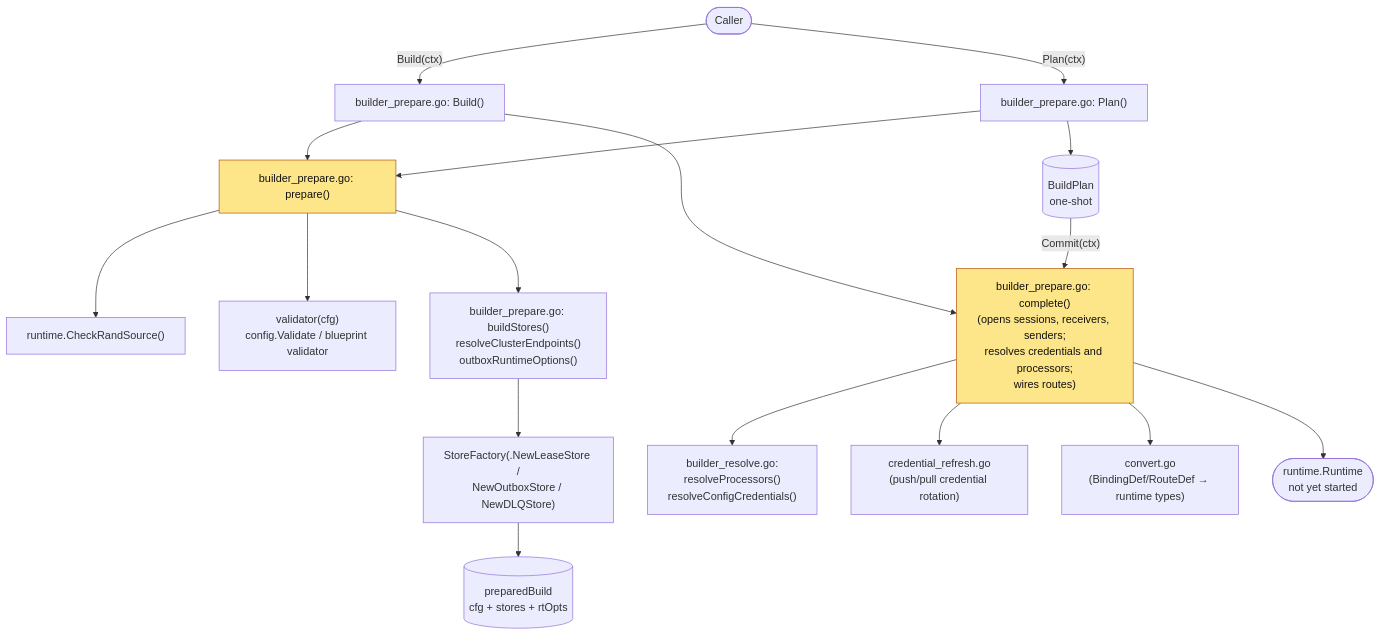
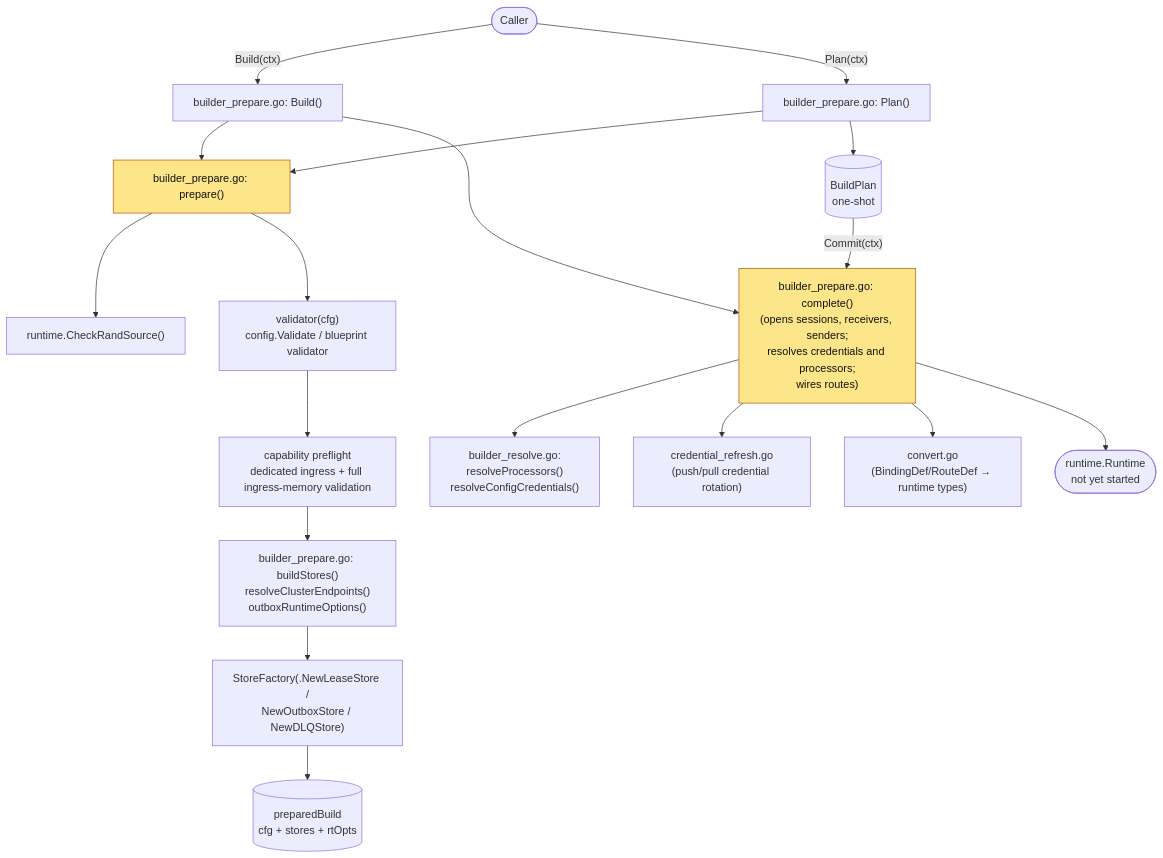
Before and after one commit to mariotoffia/gobridge: the eighth of 11 diagrams in ARCHITECTURE.md, drawn with Mermaid. The commit also changed other lines of this file and 22 other files, not shown here.

Commit message:
fix(mqtt): validate ingress before packet decoding

````diff
--- a/ARCHITECTURE.md
+++ b/ARCHITECTURE.md
@@ -839,27 +850,28 @@
 ```mermaid
 flowchart TD
     Caller([Caller])
     Caller -->|"Build(ctx)"| Build["builder_prepare.go: Build()"]
     Caller -->|"Plan(ctx)"| Plan["builder_prepare.go: Plan()"]
 
     Build --> Prepare
     Plan --> Prepare["builder_prepare.go: prepare()"]
     Prepare --> CheckRand["runtime.CheckRandSource()"]
     Prepare --> Validate["validator(cfg)<br/>config.Validate / blueprint validator"]
-    Prepare --> Stores["builder_prepare.go: buildStores()<br/>resolveClusterEndpoints()<br/>outboxRuntimeOptions()"]
+    Validate --> Ingress["capability preflight<br/>dedicated ingress + full ingress-memory validation"]
+    Ingress --> Stores["builder_prepare.go: buildStores()<br/>resolveClusterEndpoints()<br/>outboxRuntimeOptions()"]
     Stores --> StoreFact["StoreFactory(.NewLeaseStore /<br/>NewOutboxStore / NewDLQStore)"]
     StoreFact --> Prep[(preparedBuild<br/>cfg + stores + rtOpts)]
 
     Plan --> PlanObj[(BuildPlan<br/>one-shot)]
     PlanObj -->|"Commit(ctx)"| Complete
     Build --> Complete
 
     Complete["builder_prepare.go: complete()<br/>(opens sessions, receivers, senders;<br/>resolves credentials and processors;<br/>wires routes)"]
     Complete --> Resolve["builder_resolve.go:<br/>resolveProcessors()<br/>resolveConfigCredentials()"]
     Complete --> CredRefresh["credential_refresh.go<br/>(push/pull credential rotation)"]
     Complete --> Convert["convert.go<br/>(BindingDef/RouteDef → runtime types)"]
     Complete --> RT([runtime.Runtime<br/>not yet started])
 
     classDef phase fill:#fde68a,stroke:#b45309,color:#111
     class Prepare,Complete phase
 ```
````
